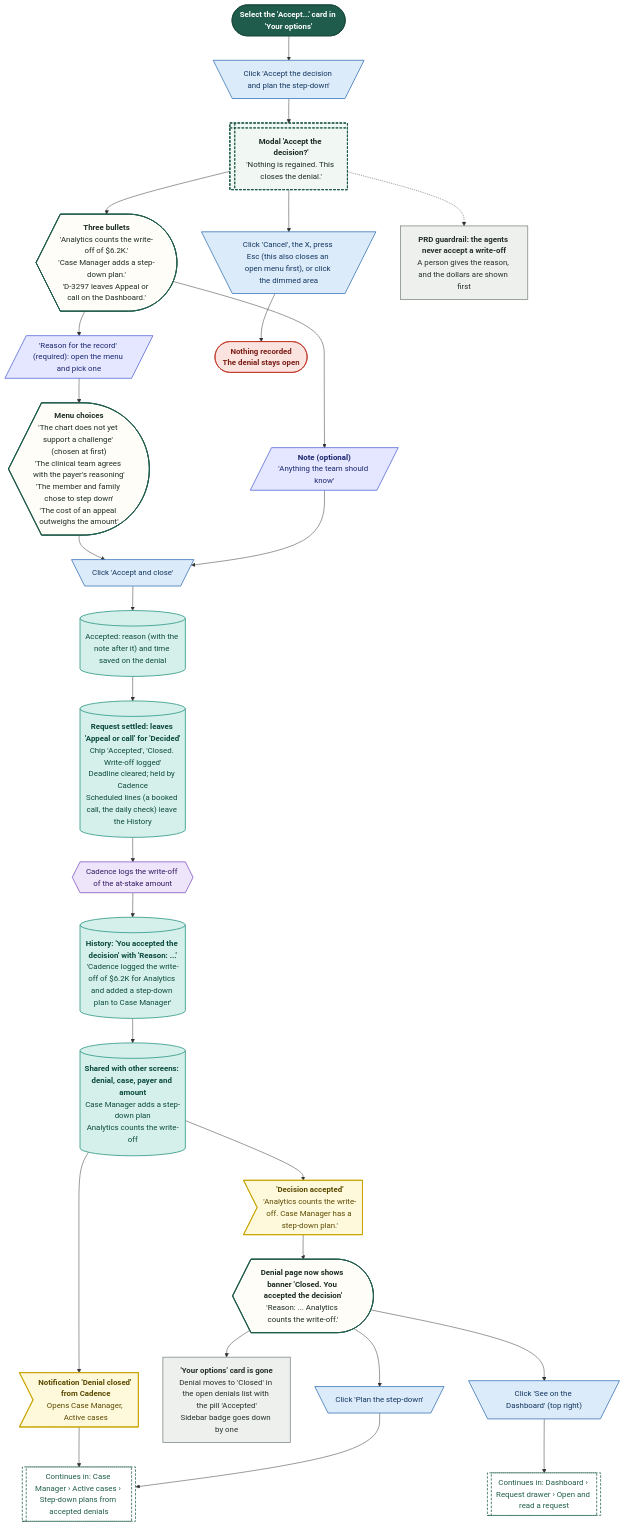
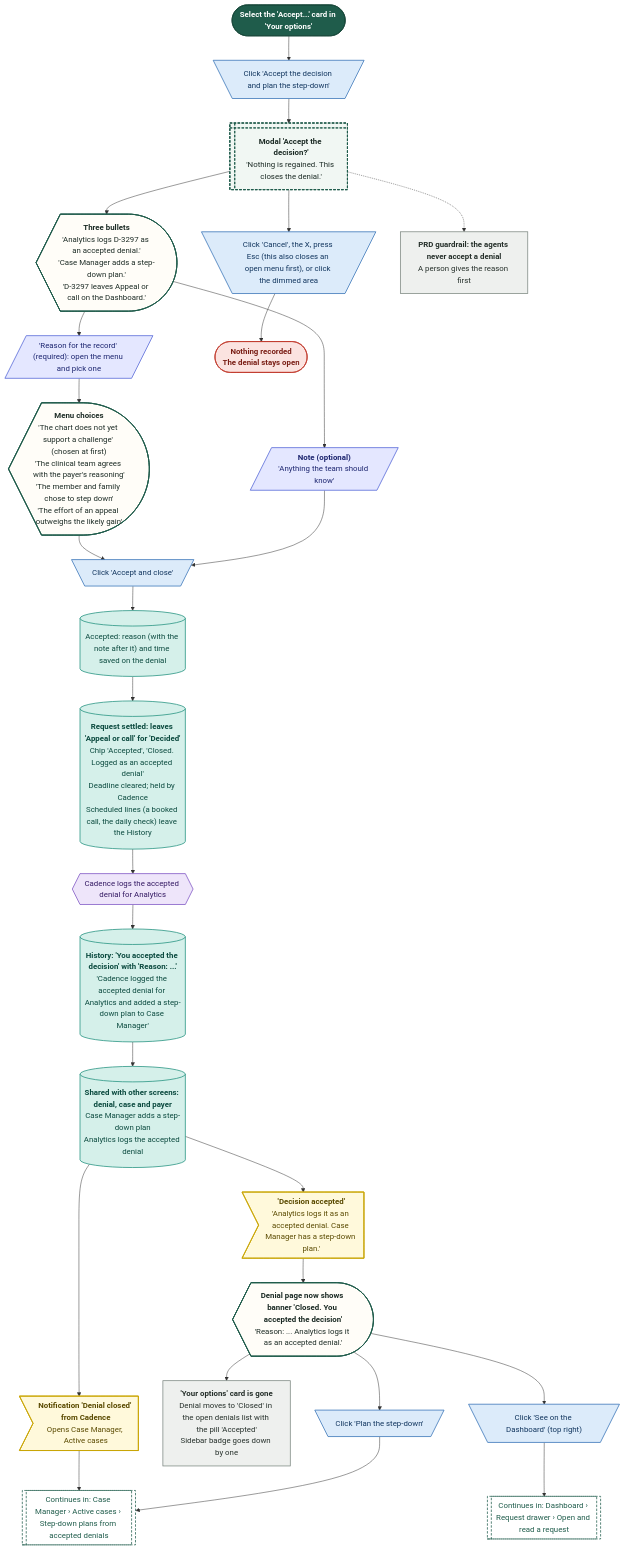
Diagram 19 of 25 in demos/prior-auth-demo/workflows/out/md/06-denials.md (Shrav143/psyfloapp), drawn with Mermaid before and after one commit. The commit also changed other lines of this file and 39 other files, not shown here.

First line of the commit message:
docs: appeal analysis report in the site map and README; rebuild the workflow diagrams (225)

````diff
--- a/demos/prior-auth-demo/workflows/out/md/06-denials.md
+++ b/demos/prior-auth-demo/workflows/out/md/06-denials.md
@@ -1310,67 +1467,67 @@
 ```mermaid
 %%{init: {"theme":"base","themeVariables":{"fontFamily":"'DM Sans', 'Segoe UI', system-ui, sans-serif","fontSize":"15px","lineColor":"#5B6B63","primaryTextColor":"#1C2B25","clusterBkg":"#FBF8F3","clusterBorder":"#D9CDBB","edgeLabelBackground":"#FFFFFF"},"flowchart":{"curve":"basis","nodeSpacing":36,"rankSpacing":48,"padding":12,"htmlLabels":true,"useMaxWidth":false,"wrappingWidth":230}} }%%
 flowchart TD
   classDef k_start fill:#1F5C4B,stroke:#174638,color:#FFFFFF,stroke-width:1.5px,font-weight:600
   classDef k_end fill:#DDEFE3,stroke:#2E7D4F,color:#14502F,stroke-width:1.5px,font-weight:600
   classDef k_endx fill:#FBE3E0,stroke:#C0392B,color:#7A1F16,stroke-width:1.5px,font-weight:600
   classDef k_screen fill:#FFFDF8,stroke:#1F5C4B,color:#1C2B25,stroke-width:2px
   classDef k_overlay fill:#F1F7F3,stroke:#1F5C4B,color:#1C2B25,stroke-width:2px,stroke-dasharray:5 3
   classDef k_click fill:#DCEBFA,stroke:#2F6DB5,color:#12365F,stroke-width:1.5px
   classDef k_input fill:#E4E7FF,stroke:#4C5FD5,color:#1D2670,stroke-width:1.5px
   classDef k_process fill:#EEF0EE,stroke:#7A857F,color:#26302B,stroke-width:1.5px
   classDef k_agent fill:#EEE5FA,stroke:#7A4FC2,color:#341A63,stroke-width:1.5px
   classDef k_decision fill:#FFF0CC,stroke:#D9962B,color:#5C3B00,stroke-width:1.5px
   classDef k_store fill:#D5F0EA,stroke:#1C8E7B,color:#0B4A3F,stroke-width:1.5px
   classDef k_doc fill:#F6E9DC,stroke:#B07A4C,color:#4A2E14,stroke-width:1.5px
   classDef k_ext fill:#FFE6D2,stroke:#E07B39,color:#6B2F06,stroke-width:1.5px
   classDef k_wait fill:#E4E8EE,stroke:#6B7C93,color:#26303D,stroke-width:1.5px
   classDef k_toast fill:#FFF9DB,stroke:#C9A400,color:#5A4A00,stroke-width:1.5px
   classDef k_goto fill:#FFFFFF,stroke:#1F5C4B,color:#1F5C4B,stroke-width:1.5px,stroke-dasharray:5 3
   s1@{ shape: stadium, label: "Select the 'Accept...' card in 'Your options'" }
   c1@{ shape: trap-t, label: "Click 'Accept the decision and plan the step-down'" }
   o1@{ shape: win-pane, label: "<b>Modal 'Accept the decision?'</b><br/>'Nothing is regained. This closes the denial.'" }
-  l1@{ shape: curv-trap, label: "<b>Three bullets</b><br/>'Analytics counts the write-off of $6.2K.'<br/>'Case Manager adds a step-down plan.'<br/>'D-3297 leaves Appeal or call on the Dashboard.'" }
+  l1@{ shape: curv-trap, label: "<b>Three bullets</b><br/>'Analytics logs D-3297 as an accepted denial.'<br/>'Case Manager adds a step-down plan.'<br/>'D-3297 leaves Appeal or call on the Dashboard.'" }
   i1@{ shape: lean-r, label: "'Reason for the record' (required): open the menu and pick one" }
-  l2@{ shape: curv-trap, label: "<b>Menu choices</b><br/>'The chart does not yet support a challenge' (chosen at first)<br/>'The clinical team agrees with the payer's reasoning'<br/>'The member and family chose to step down'<br/>'The cost of an appeal outweighs the amount'" }
+  l2@{ shape: curv-trap, label: "<b>Menu choices</b><br/>'The chart does not yet support a challenge' (chosen at first)<br/>'The clinical team agrees with the payer's reasoning'<br/>'The member and family chose to step down'<br/>'The effort of an appeal outweighs the likely gain'" }
   i2@{ shape: lean-r, label: "<b>Note (optional)</b><br/>'Anything the team should know'" }
   c2@{ shape: trap-t, label: "Click 'Accept and close'" }
   c3@{ shape: trap-t, label: "Click 'Cancel', the X, press Esc (this also closes an open menu first), or click the dimmed area" }
   e1@{ shape: stadium, label: "<b>Nothing recorded</b><br/>The denial stays open" }
   st1@{ shape: cyl, label: "Accepted: reason (with the note after it) and time saved on the denial" }
-  st2@{ shape: cyl, label: "<b>Request settled: leaves 'Appeal or call' for 'Decided'</b><br/>Chip 'Accepted', 'Closed. Write-off logged'<br/>Deadline cleared; held by Cadence<br/>Scheduled lines (a booked call, the daily check) leave the History" }
-  a1@{ shape: hex, label: "Cadence logs the write-off of the at-stake amount" }
-  st3@{ shape: cyl, label: "<b>History: 'You accepted the decision' with 'Reason: ...'</b><br/>'Cadence logged the write-off of $6.2K for Analytics and added a step-down plan to Case Manager'" }
-  st4@{ shape: cyl, label: "<b>Shared with other screens: denial, case, payer and amount</b><br/>Case Manager adds a step-down plan<br/>Analytics counts the write-off" }
-  t1@{ shape: odd, label: "<b>'Decision accepted'</b><br/>'Analytics counts the write-off. Case Manager has a step-down plan.'" }
+  st2@{ shape: cyl, label: "<b>Request settled: leaves 'Appeal or call' for 'Decided'</b><br/>Chip 'Accepted', 'Closed. Logged as an accepted denial'<br/>Deadline cleared; held by Cadence<br/>Scheduled lines (a booked call, the daily check) leave the History" }
+  a1@{ shape: hex, label: "Cadence logs the accepted denial for Analytics" }
+  st3@{ shape: cyl, label: "<b>History: 'You accepted the decision' with 'Reason: ...'</b><br/>'Cadence logged the accepted denial for Analytics and added a step-down plan to Case Manager'" }
+  st4@{ shape: cyl, label: "<b>Shared with other screens: denial, case and payer</b><br/>Case Manager adds a step-down plan<br/>Analytics logs the accepted denial" }
+  t1@{ shape: odd, label: "<b>'Decision accepted'</b><br/>'Analytics logs it as an accepted denial. Case Manager has a step-down plan.'" }
   t2@{ shape: odd, label: "<b>Notification 'Denial closed' from Cadence</b><br/>Opens Case Manager, Active cases" }
-  sc1@{ shape: curv-trap, label: "<b>Denial page now shows banner 'Closed. You accepted the decision'</b><br/>'Reason: ... Analytics counts the write-off.'" }
+  sc1@{ shape: curv-trap, label: "<b>Denial page now shows banner 'Closed. You accepted the decision'</b><br/>'Reason: ... Analytics logs it as an accepted denial.'" }
   p1@{ shape: rect, label: "<b>'Your options' card is gone</b><br/>Denial moves to 'Closed' in the open denials list with the pill 'Accepted'<br/>Sidebar badge goes down by one" }
   c4@{ shape: trap-t, label: "Click 'Plan the step-down'" }
   c5@{ shape: trap-t, label: "Click 'See on the Dashboard' (top right)" }
   g1@{ shape: subproc, label: "Continues in: Case Manager › Active cases › Step-down plans from accepted denials" }
   g2@{ shape: subproc, label: "Continues in: Dashboard › Request drawer › Open and read a request" }
-  p2@{ shape: rect, label: "<b>PRD guardrail: the agents never accept a write-off</b><br/>A person gives the reason, and the dollars are shown first" }
+  p2@{ shape: rect, label: "<b>PRD guardrail: the agents never accept a denial</b><br/>A person gives the reason first" }
   s1 --> c1 --> o1 --> l1
   l1 --> i1 --> l2
   l1 --> i2
   l2 --> c2
   i2 --> c2
   o1 --> c3 --> e1
   c2 --> st1 --> st2 --> a1 --> st3 --> st4 --> t1 --> sc1
   st4 --> t2 --> g1
   sc1 --> p1
   sc1 --> c4 --> g1
   sc1 --> c5 --> g2
   o1 -.-> p2
   class s1 k_start
   class c1,c2,c3,c4,c5 k_click
   class o1 k_overlay
   class l1,l2,sc1 k_screen
   class i1,i2 k_input
   class e1 k_endx
   class st1,st2,st3,st4 k_store
   class a1 k_agent
   class t1,t2 k_toast
   class p1,p2 k_process
   class g1,g2 k_goto
 ```
````
